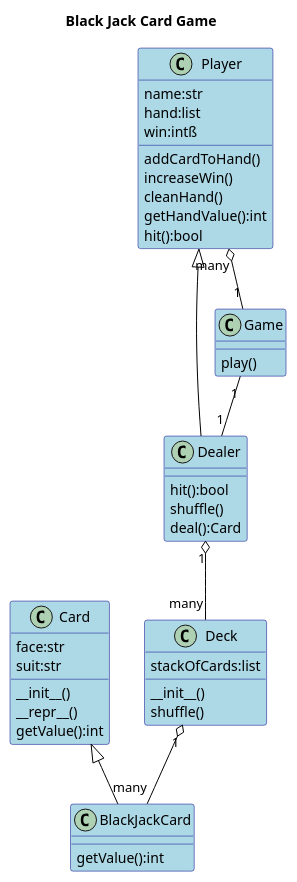
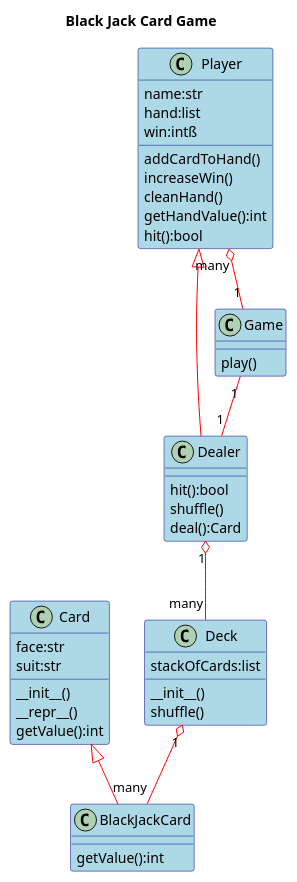
The diagram in data/card.wsd (jwang1122/playground), drawn with PlantUML before and after one commit.

Commit message:
change ArrowColor to Red

```diff
--- a/data/card.wsd
+++ b/data/card.wsd
@@ -1,49 +1,49 @@
 @startuml 
 
 skinparam class {
     BackgroundColor LightBlue
-    ArrowColor Black
+    ArrowColor Red
     BorderColor DarkBlue
 }
 title Black Jack Card Game
 class Card
 class BlackJackCard
 Card <|-- BlackJackCard
 
 Card : face:str
 Card : suit:str
 Card : __init__()
 Card : __repr__()
 Card : getValue():int
 
 BlackJackCard : getValue():int
 
 Deck "1" o-- "many" BlackJackCard
 Deck : stackOfCards:list
 Deck : __init__()
 Deck : shuffle()
 
 class Player
 class Dealer
 Player <|-- Dealer
 
 Player "many" o-- "1" Game
 Player : addCardToHand()
 Player : increaseWin()
 Player : cleanHand()
 Player : getHandValue():int
 Player : hit():bool
 Player : name:str
 Player : hand:list
 Player : win:intß
 
 Dealer : hit():bool
 Dealer : shuffle()
 Dealer : deal():Card
 
 Dealer "1" o-- "many" Deck
 
 Game "1" -- "1" Dealer
 Game : play()
 
 @enduml
```
